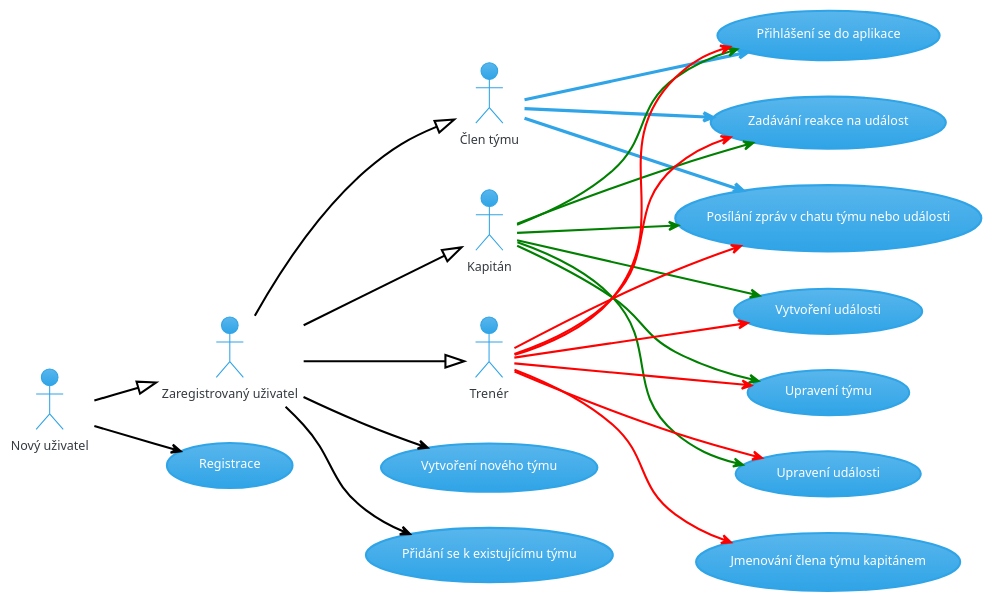
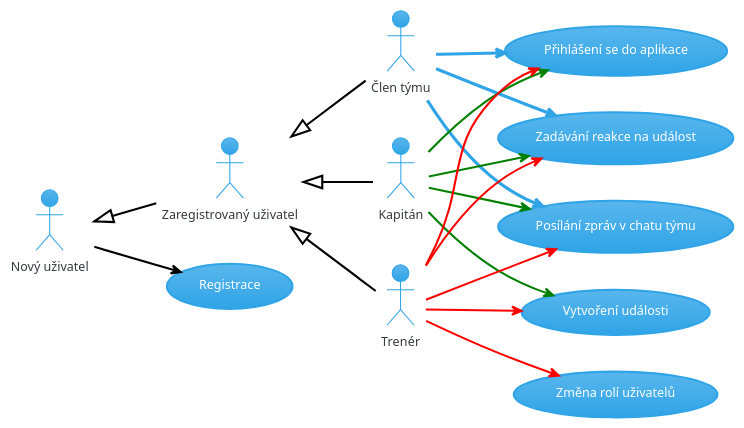
One commit to david19au/smudlove-tymova-prace changed the first of 2 diagrams in README.md. Above: the diagram before and after it, drawn with PlantUML.

Commit message:
use case diagram

````diff
--- a/README.md
+++ b/README.md
@@ -85,50 +85,40 @@
 ```plantuml
 !theme cerulean
 
 left to right direction
 :Nový uživatel: as newUser
 :Zaregistrovaný uživatel: as registeredUser
 :Člen týmu: as teamMember
 :Kapitán: as captain
 :Trenér: as trainer
 
 
 usecase "Registrace" as register
-usecase "Vytvoření nového týmu" as createTeam
-usecase "Přidání se k existujícímu týmu" as joinTeam
 usecase "Přihlášení se do aplikace" as login
 usecase "Zadávání reakce na událost" as rsvp
-usecase "Posílání zpráv v chatu týmu nebo události" as chat
+usecase "Posílání zpráv v chatu týmu" as chat
 usecase "Vytvoření události" as createEvent
-usecase "Upravení týmu" as modifyTeamMembers
-usecase "Upravení události" as modifyEvent
-usecase "Jmenování člena týmu kapitánem" as delegateCaptain
+usecase "Změna rolí uživatelů" as delegateCaptain
 
 newUser -[#black,thickness=2]-> register
-newUser -[#black,thickness=2]-|> registeredUser
+newUser <|-[#black,thickness=2]- registeredUser
 
-registeredUser -[#black,thickness=2]-|> teamMember
-registeredUser -[#black,thickness=2]-|> captain
-registeredUser -[#black,thickness=2]-|> trainer
-registeredUser -[#black,thickness=2]-> createTeam
-registeredUser -[#black,thickness=2]-> joinTeam
+registeredUser <|-[#black,thickness=2]- teamMember
+registeredUser <|-[#black,thickness=2]- captain
+registeredUser <|-[#black,thickness=2]- trainer
 
 teamMember --> login
 teamMember --> rsvp
 teamMember --> chat
 
 captain -[#green,thickness=2]-> login
 captain -[#green,thickness=2]-> rsvp
 captain -[#green,thickness=2]-> chat
 captain -[#green,thickness=2]-> createEvent
-captain -[#green,thickness=2]-> modifyTeamMembers
-captain -[#green,thickness=2]-> modifyEvent
 
 trainer -[#red,thickness=2]-> login
 trainer -[#red,thickness=2]-> rsvp
 trainer -[#red,thickness=2]-> chat
 trainer -[#red,thickness=2]-> createEvent
-trainer -[#red,thickness=2]-> modifyTeamMembers
-trainer -[#red,thickness=2]-> modifyEvent
 trainer -[#red,thickness=2]-> delegateCaptain
 ```
````
